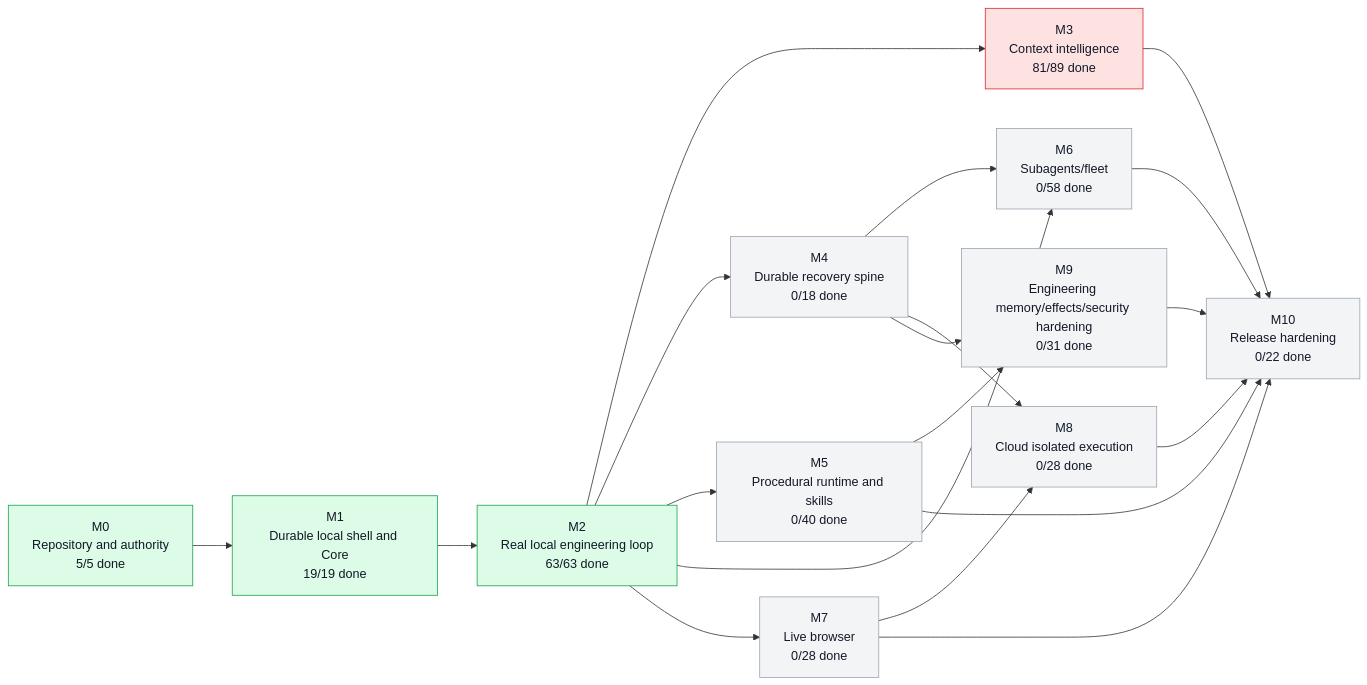
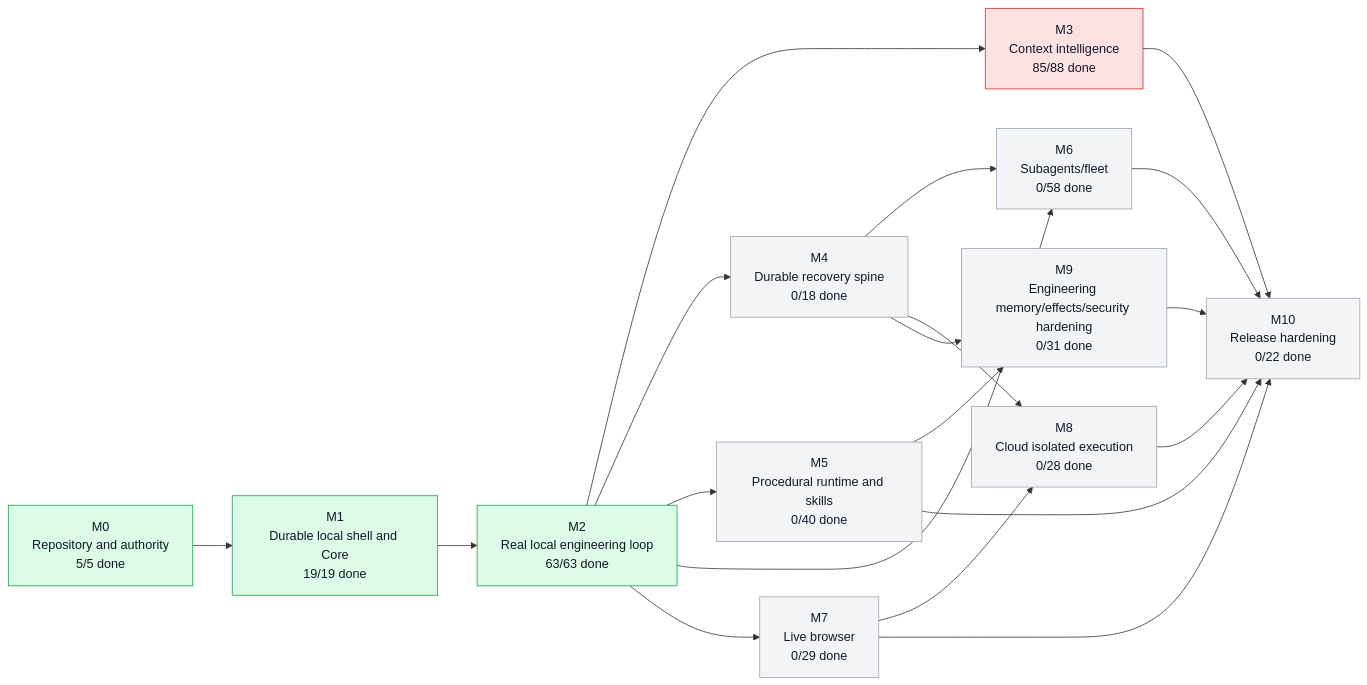
One commit to moss101/modbit changed the first of 5 diagrams in graph/PROJECT_GRAPH.md. Above: the diagram before and after it, drawn with Mermaid. The commit also changed other lines of this file and 23 other files, not shown here.

````diff
--- a/graph/PROJECT_GRAPH.md
+++ b/graph/PROJECT_GRAPH.md
@@ -57,43 +57,43 @@
 ```mermaid
 flowchart LR
   M0["M0<br/>Repository and authority<br/>5/5 done"]
   M1["M1<br/>Durable local shell and Core<br/>19/19 done"]
   M2["M2<br/>Real local engineering loop<br/>63/63 done"]
-  M3["M3<br/>Context intelligence<br/>81/89 done"]
+  M3["M3<br/>Context intelligence<br/>85/88 done"]
   M4["M4<br/>Durable recovery spine<br/>0/18 done"]
   M5["M5<br/>Procedural runtime and skills<br/>0/40 done"]
   M6["M6<br/>Subagents/fleet<br/>0/58 done"]
-  M7["M7<br/>Live browser<br/>0/28 done"]
+  M7["M7<br/>Live browser<br/>0/29 done"]
   M8["M8<br/>Cloud isolated execution<br/>0/28 done"]
   M9["M9<br/>Engineering memory/effects/security hardening<br/>0/31 done"]
   M10["M10<br/>Release hardening<br/>0/22 done"]
   M0 --> M1
   M1 --> M2
   M2 --> M3
   M2 --> M4
   M2 --> M5
   M2 --> M6
   M4 --> M6
   M2 --> M7
   M4 --> M8
   M7 --> M8
   M4 --> M9
   M5 --> M9
   M3 --> M10
   M5 --> M10
   M6 --> M10
   M7 --> M10
   M8 --> M10
   M9 --> M10
   style M0 fill:#dcfce7,stroke:#16a34a,color:#111827
   style M1 fill:#dcfce7,stroke:#16a34a,color:#111827
   style M2 fill:#dcfce7,stroke:#16a34a,color:#111827
   style M3 fill:#fee2e2,stroke:#dc2626,color:#111827
   style M4 fill:#f3f4f6,stroke:#9ca3af,color:#111827
   style M5 fill:#f3f4f6,stroke:#9ca3af,color:#111827
   style M6 fill:#f3f4f6,stroke:#9ca3af,color:#111827
   style M7 fill:#f3f4f6,stroke:#9ca3af,color:#111827
   style M8 fill:#f3f4f6,stroke:#9ca3af,color:#111827
   style M9 fill:#f3f4f6,stroke:#9ca3af,color:#111827
   style M10 fill:#f3f4f6,stroke:#9ca3af,color:#111827
 ```
````
